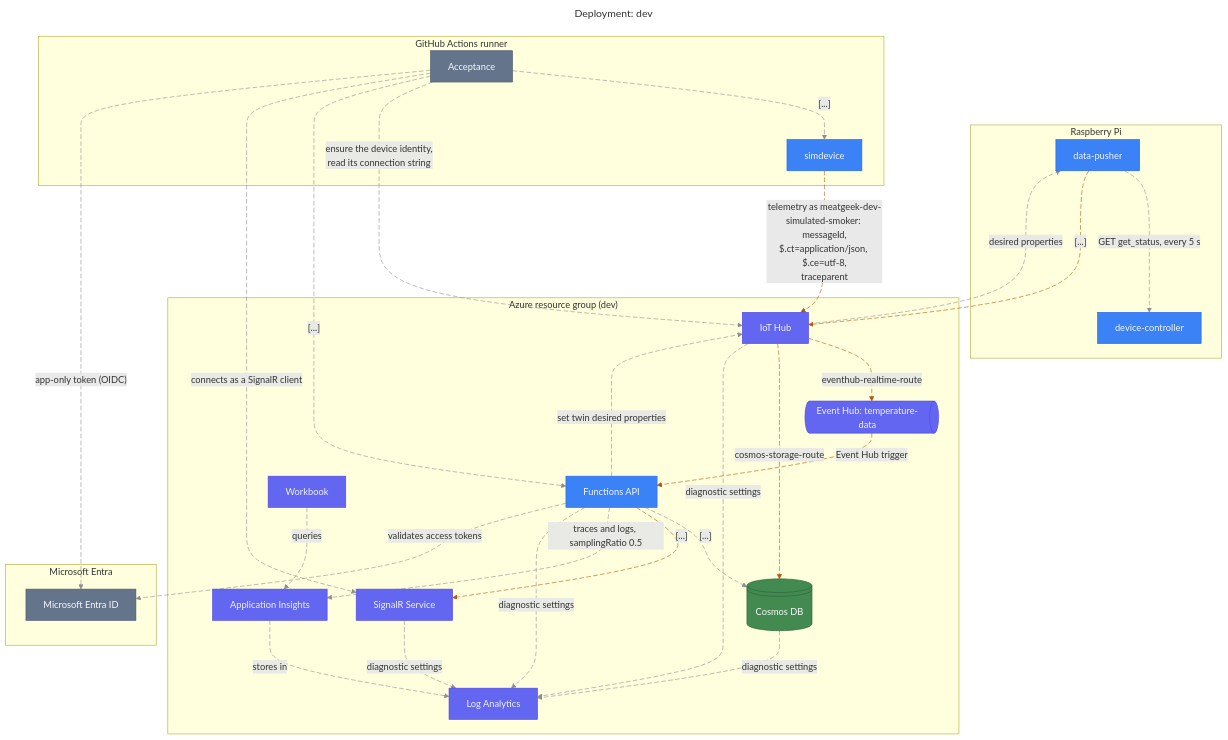
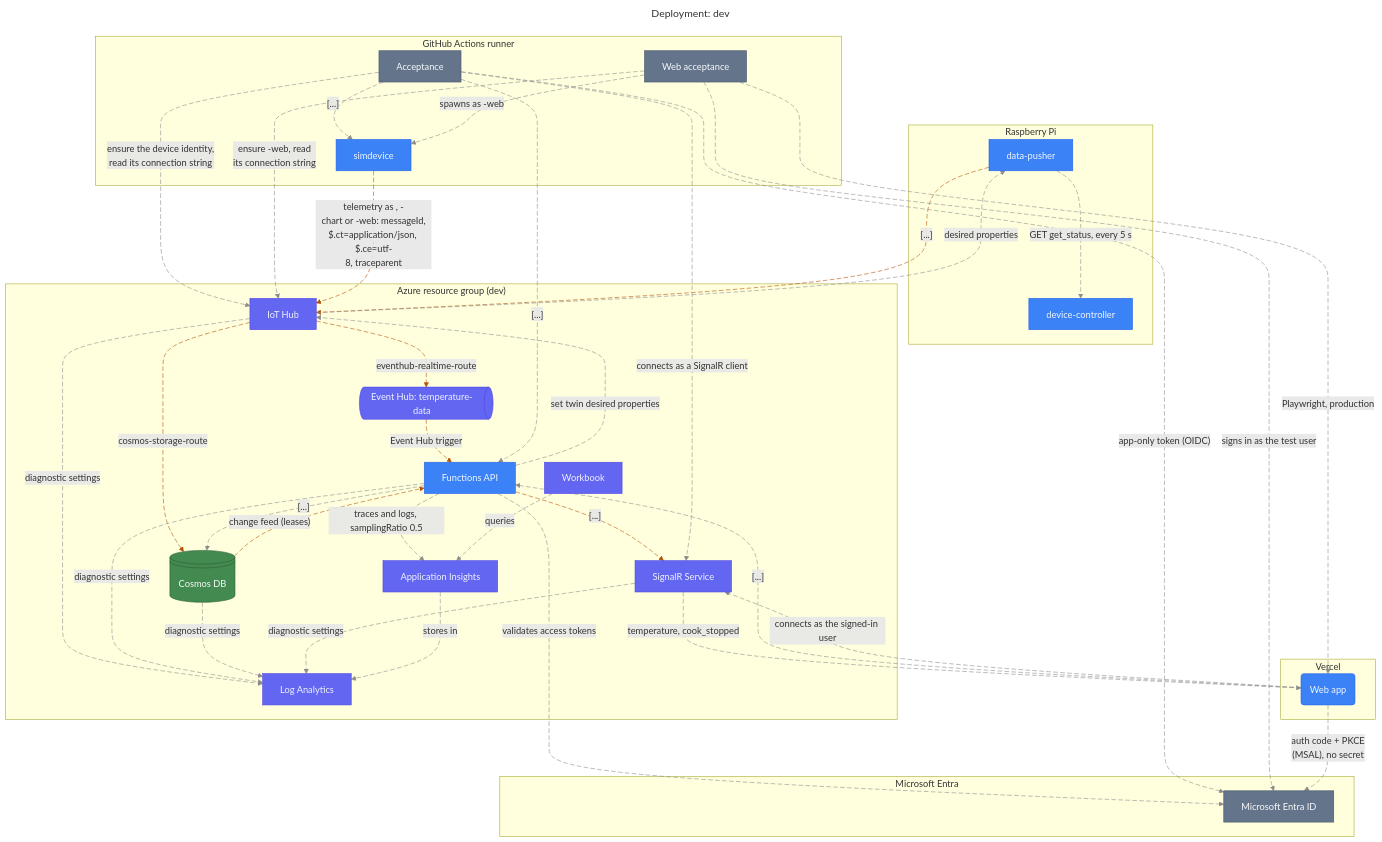
Before and after one commit to stevebargelt/meatgeekv2: the tenth of 17 diagrams in docs/architecture/diagrams.md, drawn with Mermaid. The commit also changed other lines of this file and 11 other files, not shown here.

First line of the commit message:
docs(architecture): HAR-103 draw the live web app, the chart read model, Vercel and the browser tests

````diff
--- a/docs/architecture/diagrams.md
+++ b/docs/architecture/diagrams.md
@@ -749,66 +809,81 @@
 ```mermaid
 ---
 title: "Deployment: dev"
 ---
 graph TB
   subgraph DevPi["`Raspberry Pi`"]
     DevPi.Pusher@{ shape: rectangle, label: "data-pusher" }
     DevPi.Controller@{ shape: rectangle, label: "device-controller" }
   end
   subgraph DevCi["`GitHub Actions runner`"]
     DevCi.Acceptance@{ shape: rectangle, label: "Acceptance" }
+    DevCi.WebAcceptance@{ shape: rectangle, label: "Web acceptance" }
     DevCi.Simdevice@{ shape: rectangle, label: "simdevice" }
+  end
+  subgraph DevVercelHost["`Vercel`"]
+    DevVercelHost.Web@{ shape: rounded, label: "Web app" }
   end
   subgraph DevRg["`Azure resource group (dev)`"]
     DevRg.Api@{ shape: rectangle, label: "Functions API" }
     DevRg.Workbook@{ shape: rectangle, label: "Workbook" }
     DevRg.Iothub@{ shape: rectangle, label: "IoT Hub" }
     DevRg.Signalr@{ shape: rectangle, label: "SignalR Service" }
     DevRg.Appinsights@{ shape: rectangle, label: "Application Insights" }
     DevRg.Eventhub@{ shape: horizontal-cylinder, label: "Event Hub: temperature-data" }
     DevRg.Cosmos@{ shape: disk, label: "Cosmos DB" }
     DevRg.Logs@{ shape: rectangle, label: "Log Analytics" }
   end
   subgraph DevIdentity["`Microsoft Entra`"]
     DevIdentity.Entra@{ shape: rectangle, label: "Microsoft Entra ID" }
   end
   DevPi.Pusher -. "`GET get_status, every 5 s`" .-> DevPi.Controller
   DevRg.Iothub -. "`eventhub-realtime-route`" .-> DevRg.Eventhub
   DevRg.Iothub -. "`cosmos-storage-route`" .-> DevRg.Cosmos
   DevRg.Iothub -. "`diagnostic settings`" .-> DevRg.Logs
   DevRg.Api -. "`set twin desired properties`" .-> DevRg.Iothub
   DevRg.Eventhub -. "`Event Hub trigger`" .-> DevRg.Api
   DevRg.Api -. "`[...]`" .-> DevRg.Cosmos
   DevRg.Api -. "`[...]`" .-> DevRg.Signalr
   DevRg.Api -. "`traces and logs, samplingRatio 0.5`" .-> DevRg.Appinsights
   DevRg.Api -. "`diagnostic settings`" .-> DevRg.Logs
+  DevRg.Cosmos -. "`change feed (leases)`" .-> DevRg.Api
   DevRg.Cosmos -. "`diagnostic settings`" .-> DevRg.Logs
   DevRg.Signalr -. "`diagnostic settings`" .-> DevRg.Logs
   DevRg.Appinsights -. "`stores in`" .-> DevRg.Logs
   DevRg.Workbook -. "`queries`" .-> DevRg.Appinsights
   DevCi.Acceptance -. "`[...]`" .-> DevCi.Simdevice
+  DevCi.WebAcceptance -. "`spawns as <sim>-web`" .-> DevCi.Simdevice
   DevPi.Pusher -. "`[...]`" .-> DevRg.Iothub
   DevRg.Iothub -. "`desired properties`" .-> DevPi.Pusher
   DevCi.Acceptance -. "`ensure the device identity,
 read its connection string`" .-> DevRg.Iothub
-  DevCi.Simdevice -. "`telemetry as meatgeek-dev-
-simulated-smoker: messageId,
-$.ct=application/json, $.ce=utf-8,
-traceparent`" .-> DevRg.Iothub
+  DevCi.WebAcceptance -. "`ensure <sim>-web, read
+its connection string`" .-> DevRg.Iothub
+  DevCi.Simdevice -. "`telemetry as <sim>, <sim>-
+chart or <sim>-web: messageId,
+$.ct=application/json, $.ce=utf-
+8, traceparent`" .-> DevRg.Iothub
   DevRg.Api -. "`validates access tokens`" .-> DevIdentity.Entra
   DevCi.Acceptance -. "`[...]`" .-> DevRg.Api
+  DevVercelHost.Web -. "`[...]`" .-> DevRg.Api
+  DevRg.Signalr -. "`temperature, cook_stopped`" .-> DevVercelHost.Web
   DevCi.Acceptance -. "`connects as a SignalR client`" .-> DevRg.Signalr
+  DevVercelHost.Web -. "`connects as the signed-in user`" .-> DevRg.Signalr
   DevCi.Acceptance -. "`app-only token (OIDC)`" .-> DevIdentity.Entra
+  DevCi.WebAcceptance -. "`Playwright, production`" .-> DevVercelHost.Web
+  DevCi.WebAcceptance -. "`signs in as the test user`" .-> DevIdentity.Entra
+  DevVercelHost.Web -. "`auth code + PKCE
+(MSAL), no secret`" .-> DevIdentity.Entra
   classDef primary fill:#3b82f6,stroke:#2563eb,color:#eff6ff
-  class DevPi.Pusher,DevPi.Controller,DevCi.Simdevice,DevRg.Api primary
+  class DevPi.Pusher,DevPi.Controller,DevCi.Simdevice,DevVercelHost.Web,DevRg.Api primary
   classDef slate fill:#64748b,stroke:#475569,color:#f8fafc
-  class DevCi.Acceptance slate
+  class DevCi.Acceptance,DevCi.WebAcceptance slate
   classDef indigo fill:#6366f1,stroke:#4f46e5,color:#eef2ff
   class DevRg.Workbook,DevRg.Iothub,DevRg.Signalr,DevRg.Appinsights,DevRg.Eventhub,DevRg.Logs indigo
   classDef green fill:#428a4f,stroke:#2d5d39,color:#f8fafc
   class DevRg.Cosmos green
   classDef muted fill:#64748b,stroke:#475569,color:#f8fafc
   class DevIdentity.Entra muted
-  linkStyle 0,3,4,6,8,9,10,11,12,13,14,16,17,19,20,21,22 stroke:#8D8D8D,stroke-dasharray:8 4
-  linkStyle 1,2,5,7,15,18 stroke:#b45309,stroke-dasharray:8 4
+  linkStyle 0,3,4,6,8,9,11,12,13,14,15,16,18,19,20,22,23,24,25,26,27,28,29,30,31 stroke:#8D8D8D,stroke-dasharray:8 4
+  linkStyle 1,2,5,7,10,17,21 stroke:#b45309,stroke-dasharray:8 4
 ```
````
